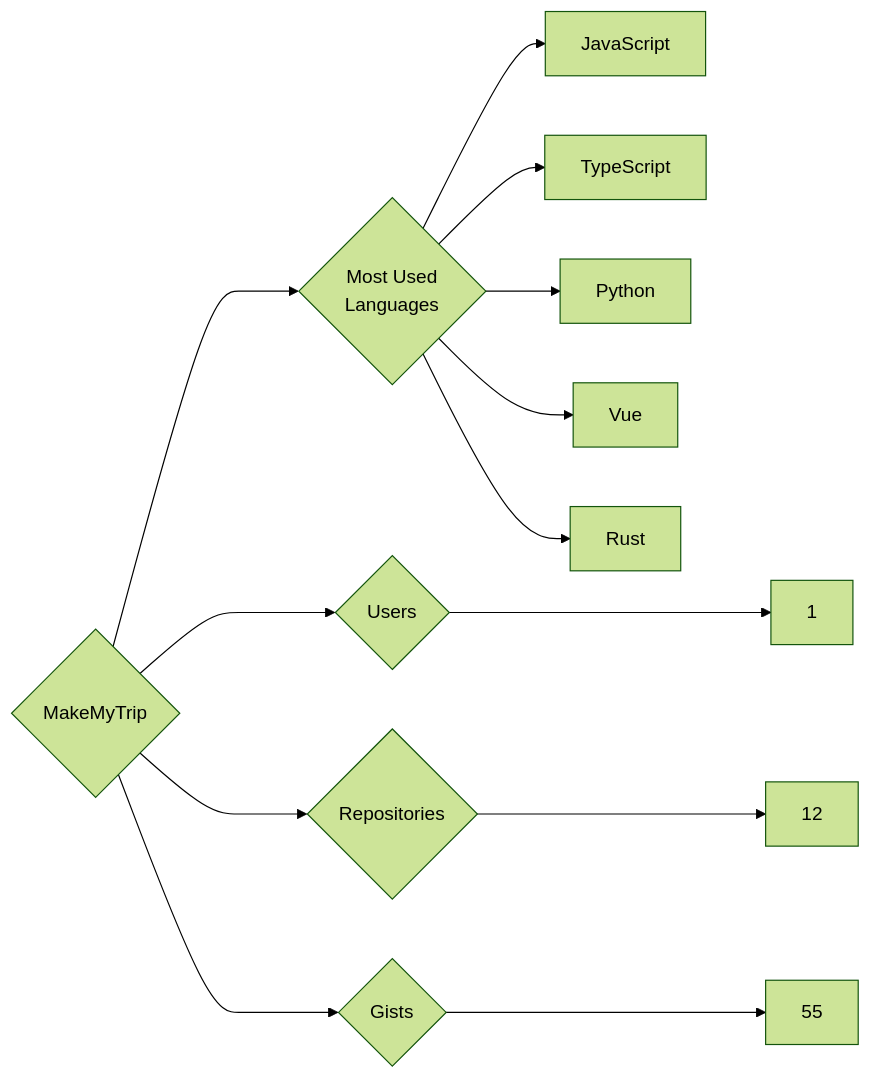
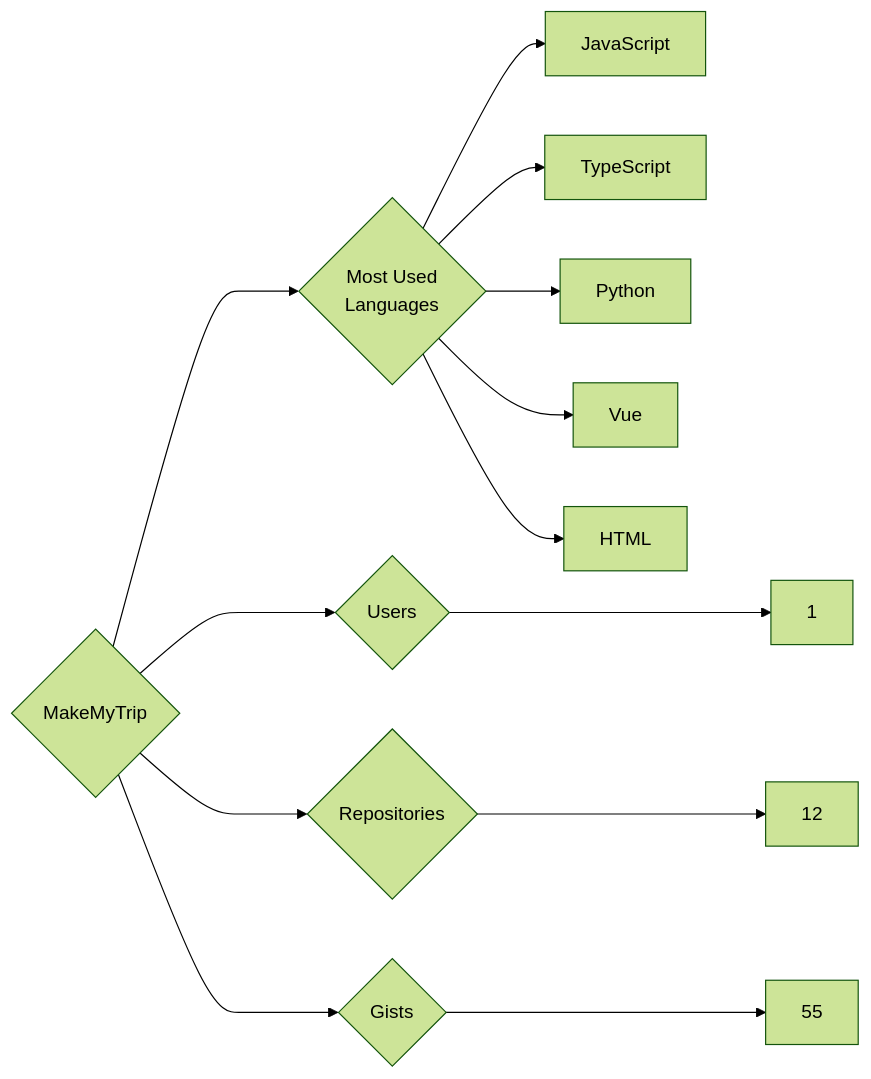
Before and after one commit to trickest/insiders: the diagram in targets/MakeMyTrip/README.md, drawn with Mermaid (forest theme). The commit also changed 569 other files, not shown here.

````diff
--- a/targets/MakeMyTrip/README.md
+++ b/targets/MakeMyTrip/README.md
@@ -3,13 +3,13 @@
 ```mermaid
 graph LR
 COMPANY_NAME{MakeMyTrip}
 COMPANY_NAME ---> U{Users} ---> UN[1]
 COMPANY_NAME ---> R{Repositories} ---> RN[12]
 COMPANY_NAME ---> G{Gists} ---> GN[55]
 COMPANY_NAME ---> ML{Most Used<br>Languages}
 ML --> JavaScript[JavaScript]
 ML --> TypeScript[TypeScript]
 ML --> Python[Python]
 ML --> Vue[Vue]
-ML --> Rust[Rust]
+ML --> HTML[HTML]
 ```
````
